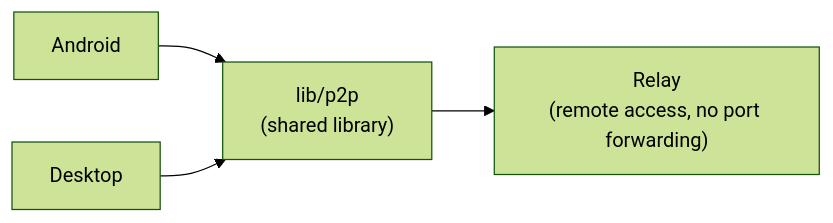
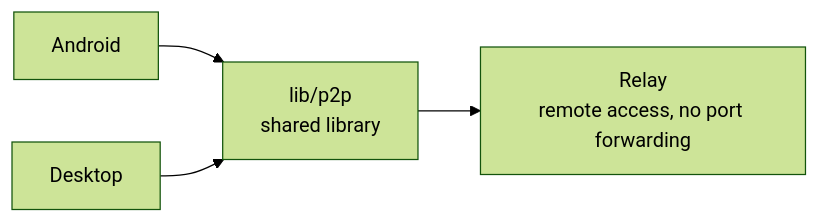
Before and after one commit to Vinicius-Gabriel-P-Leitao/acerola-reader: the first of 2 diagrams in docs/web/src/content/docs/en/architecture.md, drawn with Mermaid (forest theme). The commit also changed other lines of this file and 23 other files, not shown here.

````diff
--- a/docs/web/src/content/docs/en/architecture.md
+++ b/docs/web/src/content/docs/en/architecture.md
@@ -34,6 +27,6 @@
 ```mermaid
 flowchart LR
-    Android["Android"] --> P2P["lib/p2p<br/>(shared library)"]
+    Android["Android"] --> P2P["lib/p2p<br/>shared library"]
     Desktop["Desktop"] --> P2P
-    P2P --> Relay["Relay<br/>(remote access, no port forwarding)"]
+    P2P --> Relay["Relay<br/>remote access, no port forwarding"]
 ```
````
